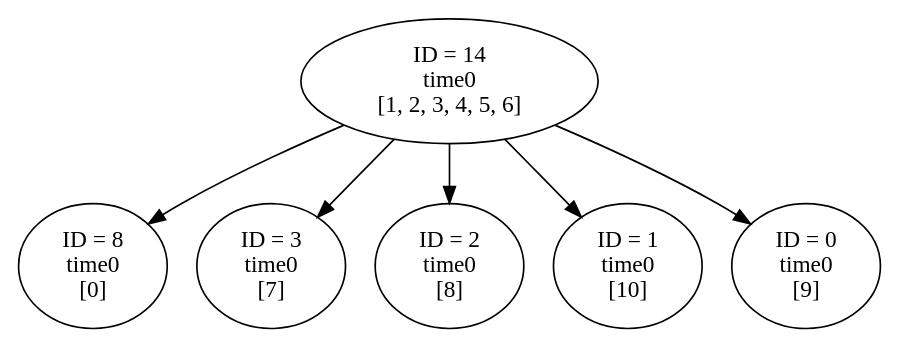
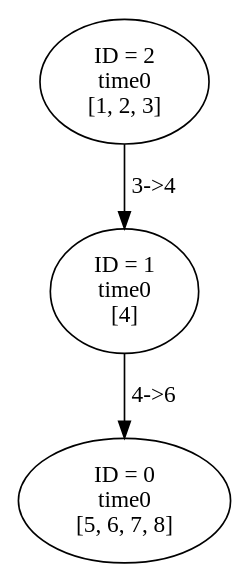
Before and after one commit to zzzzzec/work: the diagram in gt/SCCGraph/graph0.gv, drawn with Graphviz. The commit also changed 102 other files, not shown here.

```diff
--- a/gt/SCCGraph/graph0.gv
+++ b/gt/SCCGraph/graph0.gv
@@ -1,26 +1,16 @@
 // sccGraph0
 digraph {
-	8 [label="ID = 8
+	1 [label="ID = 1
 time0
-[0]"]
-	3 [label="ID = 3
-time0
-[7]"]
+[4]"]
 	2 [label="ID = 2
 time0
-[8]"]
-	1 [label="ID = 1
-time0
-[10]"]
+[1, 2, 3]"]
 	0 [label="ID = 0
 time0
-[9]"]
-	14 [label="ID = 14
-time0
-[1, 2, 3, 4, 5, 6]"]
-	14 -> 8
-	14 -> 3
-	14 -> 2
-	14 -> 1
-	14 -> 0
+[5, 6, 7, 8]"]
+	1 -> 0 [label="4->6
+"]
+	2 -> 1 [label="3->4
+"]
 }
```
